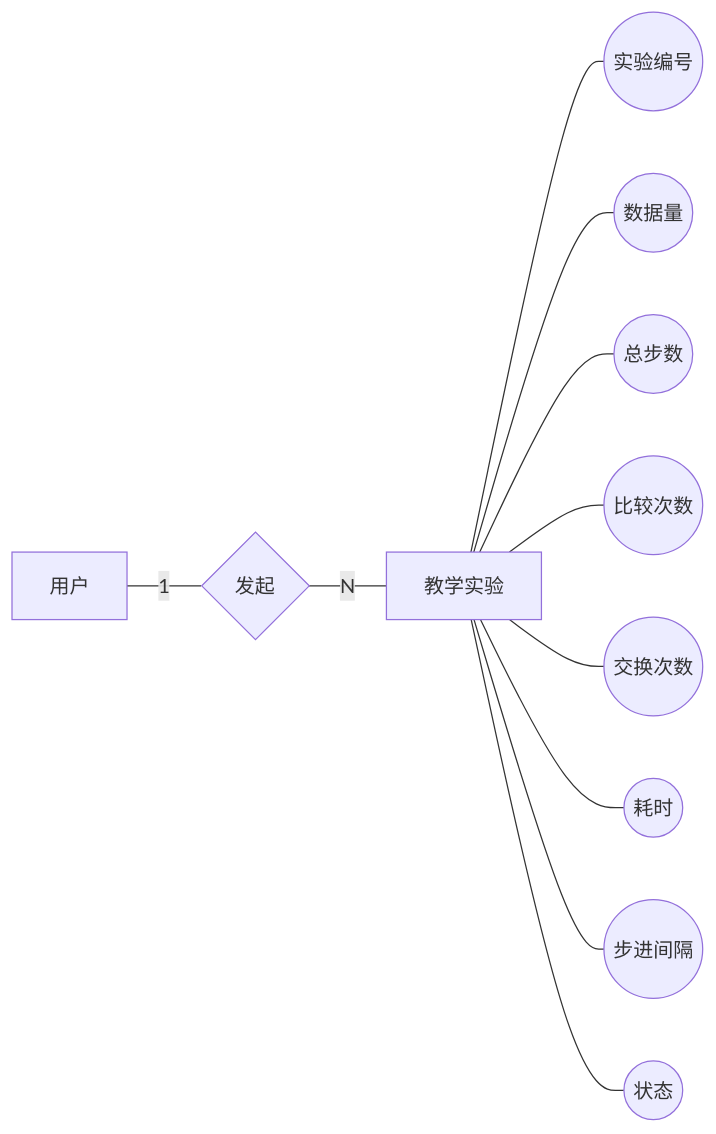
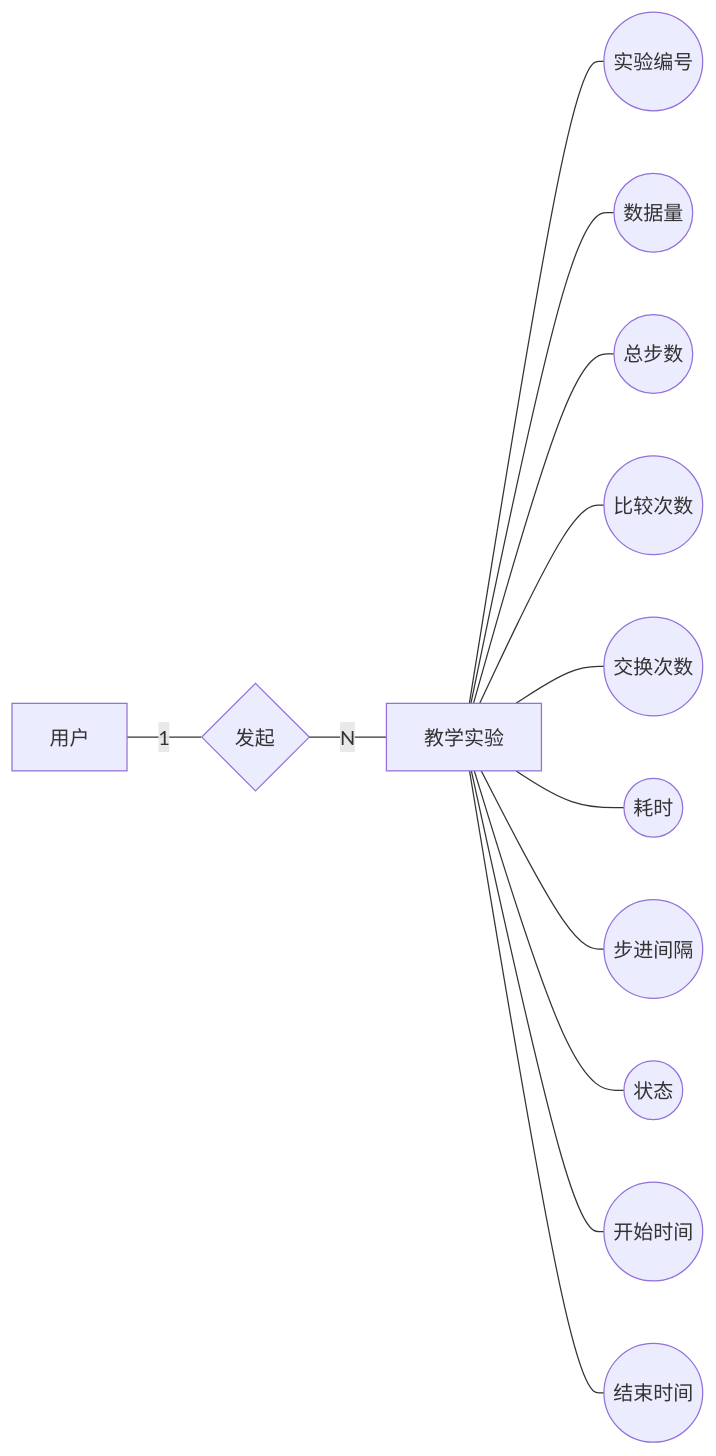
The sixth of 11 diagrams in 数据库课设文档.md (zhanzhan702/SortingAlgorithmVisualizationSystem), drawn with Mermaid before and after one commit. The commit also changed other lines of this file, not shown here.

Commit message:
docs: E-R图补全全部58个属性——局部图+全局图均含完整属性列表

````diff
--- a/数据库课设文档.md
+++ b/数据库课设文档.md
@@ -248,13 +248,15 @@
 ```mermaid
 graph LR
     User[用户] ---|1| R1{发起}
     R1 ---|N| Exp[教学实验]
     Exp --- C1((实验编号))
     Exp --- C2((数据量))
     Exp --- C3((总步数))
     Exp --- C4((比较次数))
     Exp --- C5((交换次数))
     Exp --- C6((耗时))
     Exp --- C7((步进间隔))
     Exp --- C8((状态))
+    Exp --- C9((开始时间))
+    Exp --- C10((结束时间))
 ```
````
